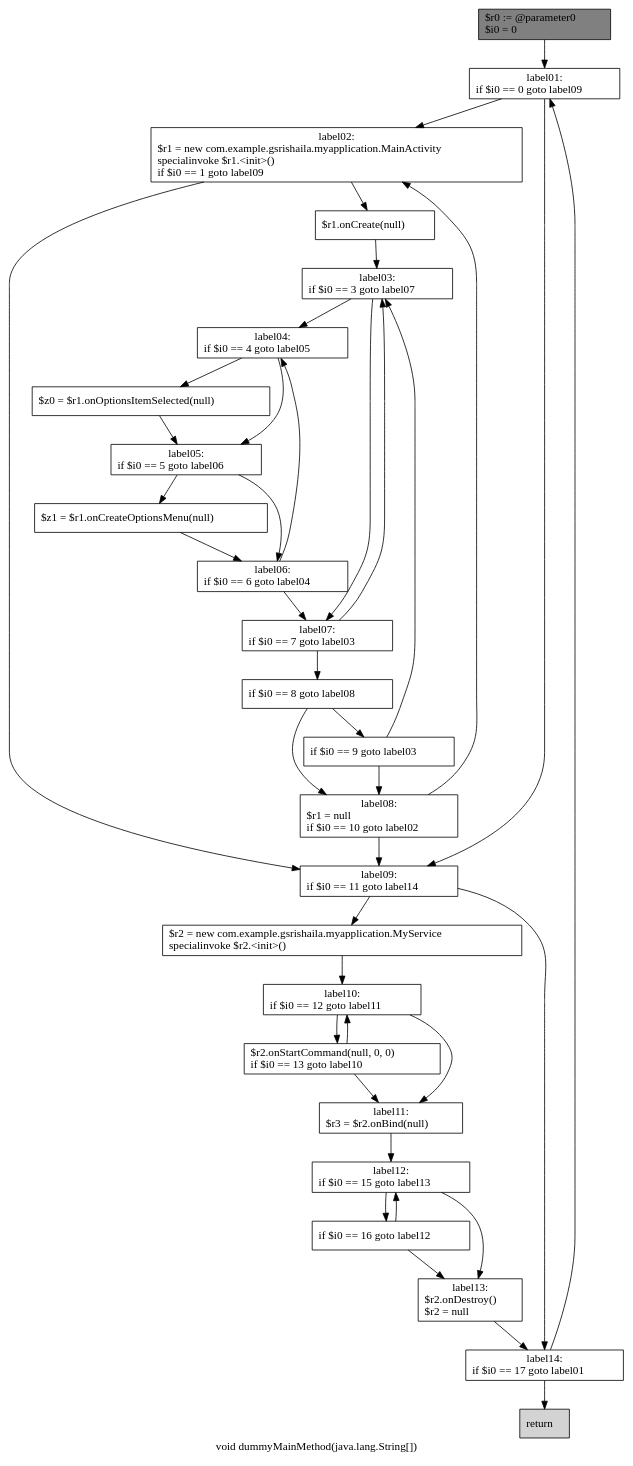
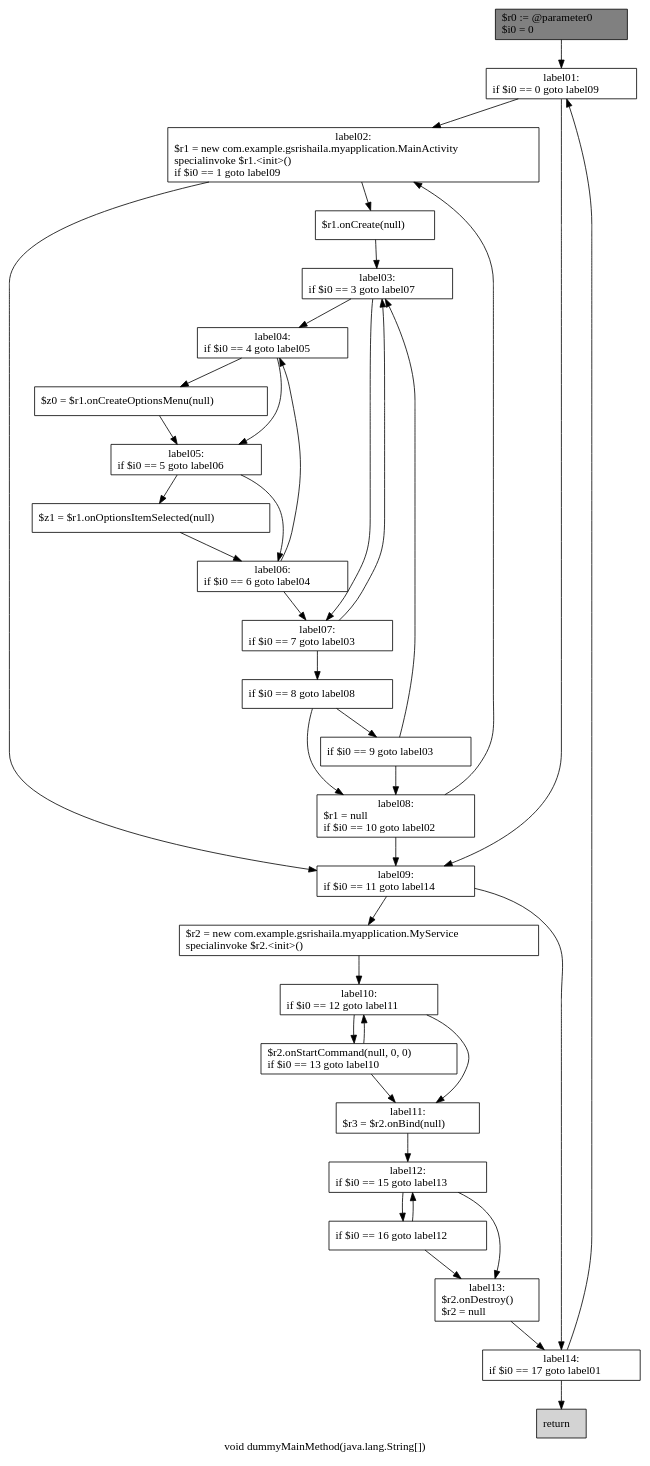
The diagram in soot-infoflow-android-develop/<dummyMainClass: void dummyMainMethod(java.lang.String[])>333.dot (gsrishaila/summer), drawn with Graphviz before and after one commit. The commit also changed 13 other files, not shown here.

```diff
--- a/soot-infoflow-android-develop/<dummyMainClass: void dummyMainMethod(java.lang.String[])>333.dot
+++ b/soot-infoflow-android-develop/<dummyMainClass: void dummyMainMethod(java.lang.String[])>333.dot
@@ -1,67 +1,67 @@
 digraph "void dummyMainMethod(java.lang.String[])" {
     label="void dummyMainMethod(java.lang.String[])";
     node [shape=box];
     "0" [style=filled,fillcolor=gray,label="$r0 := @parameter0\l$i0 = 0\l",];
     "1" [label="label01:\nif $i0 == 0 goto label09\l",];
     "0"->"1";
     "2" [label="label02:\n$r1 = new com.example.gsrishaila.myapplication.MainActivity\lspecialinvoke $r1.<init>()\lif $i0 == 1 goto label09\l",];
     "1"->"2";
     "14" [label="label09:\nif $i0 == 11 goto label14\l",];
     "1"->"14";
     "3" [label="$r1.onCreate(null)\l",];
     "2"->"3";
     "2"->"14";
     "4" [label="label03:\nif $i0 == 3 goto label07\l",];
     "3"->"4";
     "5" [label="label04:\nif $i0 == 4 goto label05\l",];
     "4"->"5";
     "10" [label="label07:\nif $i0 == 7 goto label03\l",];
     "4"->"10";
-    "6" [label="$z0 = $r1.onOptionsItemSelected(null)\l",];
+    "6" [label="$z0 = $r1.onCreateOptionsMenu(null)\l",];
     "5"->"6";
     "7" [label="label05:\nif $i0 == 5 goto label06\l",];
     "5"->"7";
     "6"->"7";
-    "8" [label="$z1 = $r1.onCreateOptionsMenu(null)\l",];
+    "8" [label="$z1 = $r1.onOptionsItemSelected(null)\l",];
     "7"->"8";
     "9" [label="label06:\nif $i0 == 6 goto label04\l",];
     "7"->"9";
     "8"->"9";
     "9"->"5";
     "9"->"10";
     "10"->"4";
     "11" [label="if $i0 == 8 goto label08\l",];
     "10"->"11";
     "12" [label="if $i0 == 9 goto label03\l",];
     "11"->"12";
     "13" [label="label08:\n$r1 = null\lif $i0 == 10 goto label02\l",];
     "11"->"13";
     "12"->"4";
     "12"->"13";
     "13"->"2";
     "13"->"14";
     "15" [label="$r2 = new com.example.gsrishaila.myapplication.MyService\lspecialinvoke $r2.<init>()\l",];
     "14"->"15";
     "22" [label="label14:\nif $i0 == 17 goto label01\l",];
     "14"->"22";
     "16" [label="label10:\nif $i0 == 12 goto label11\l",];
     "15"->"16";
     "17" [label="$r2.onStartCommand(null, 0, 0)\lif $i0 == 13 goto label10\l",];
     "16"->"17";
     "18" [label="label11:\n$r3 = $r2.onBind(null)\l",];
     "16"->"18";
     "17"->"16";
     "17"->"18";
     "19" [label="label12:\nif $i0 == 15 goto label13\l",];
     "18"->"19";
     "20" [label="if $i0 == 16 goto label12\l",];
     "19"->"20";
     "21" [label="label13:\n$r2.onDestroy()\l$r2 = null\l",];
     "19"->"21";
     "20"->"19";
     "20"->"21";
     "21"->"22";
     "22"->"1";
     "23" [style=filled,fillcolor=lightgray,label="return\l",];
     "22"->"23";
 }
```
